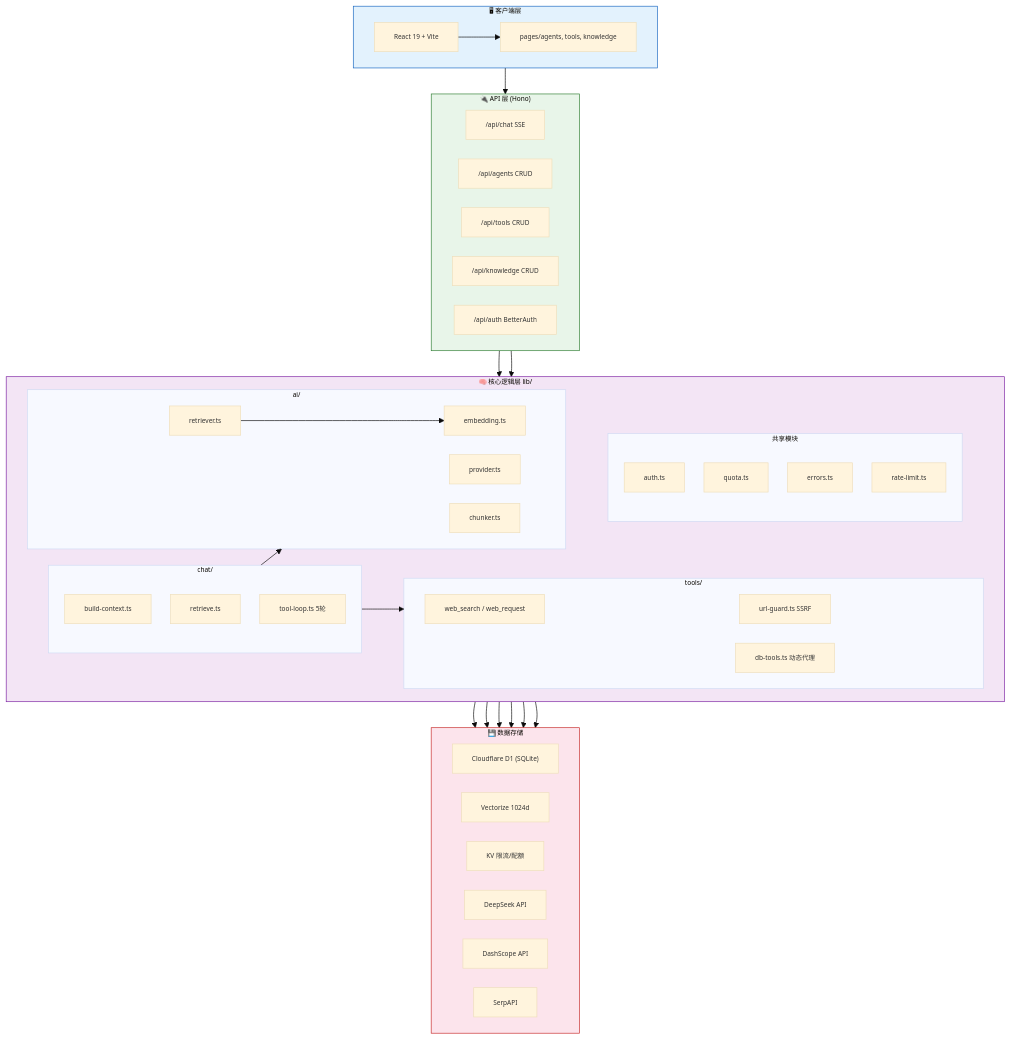
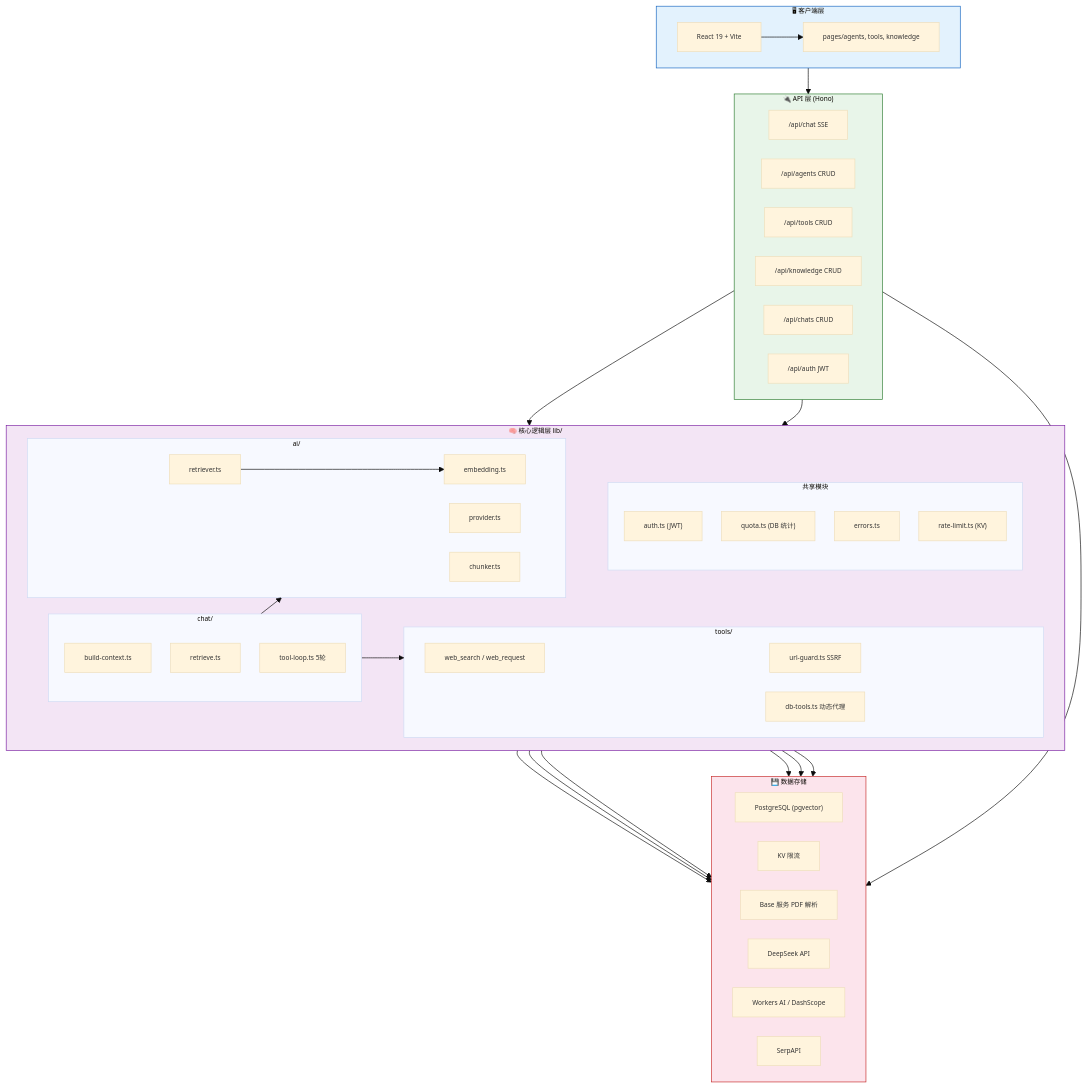
The first of 7 diagrams in docs/architecture.md (xCreat0r/simple-ai-agent-plateform), drawn with Mermaid before and after one commit. The commit also changed other lines of this file and 1 other file, not shown here.

````diff
--- a/docs/architecture.md
+++ b/docs/architecture.md
@@ -31,75 +35,77 @@
 ```mermaid
 %%{init: {'theme': 'base', 'themeVariables': {'fontSize': '10px'}, 'flowchart': {'useMaxWidth': true, 'nodeSpacing': 30, 'rankSpacing': 40}}}%%
 graph TB
     subgraph Client["🖥 客户端层"]
         direction LR
         Browser["React 19 + Vite"]
         Pages["pages/agents, tools, knowledge"]
     end
 
     subgraph API["🔌 API 层 (Hono)"]
         direction LR
         ChatAPI["/api/chat SSE"]
         AgentsAPI["/api/agents CRUD"]
         ToolsAPI["/api/tools CRUD"]
         KbAPI["/api/knowledge CRUD"]
-        AuthAPI["/api/auth BetterAuth"]
+        ChatsAPI["/api/chats CRUD"]
+        AuthAPI["/api/auth JWT"]
     end
 
     subgraph Core["🧠 核心逻辑层 lib/"]
         direction LR
         subgraph AI_Lib["ai/"]
             Provider["provider.ts"]
             Embedding["embedding.ts"]
             Chunker["chunker.ts"]
             Retriever["retriever.ts"]
         end
         subgraph Chat_Lib["chat/"]
             Context["build-context.ts"]
             Retrieve["retrieve.ts"]
             ToolLoop["tool-loop.ts 5轮"]
         end
         subgraph Tools_Lib["tools/"]
             Builtin["web_search / web_request"]
             DBTools["db-tools.ts 动态代理"]
             Guard["url-guard.ts SSRF"]
         end
         subgraph Shared["共享模块"]
-            Auth["auth.ts"]
-            Quota["quota.ts"]
+            Auth["auth.ts (JWT)"]
+            Quota["quota.ts (DB 统计)"]
             Errors["errors.ts"]
-            RateLimit["rate-limit.ts"]
+            RateLimit["rate-limit.ts (KV)"]
         end
     end
 
     subgraph Data["💾 数据存储"]
         direction LR
-        D1["Cloudflare D1 (SQLite)"]
-        VEC["Vectorize 1024d"]
-        KV["KV 限流/配额"]
+        PG["PostgreSQL (pgvector)"]
+        KV["KV 限流"]
+        Base["Base 服务 PDF 解析"]
         DeepSeek["DeepSeek API"]
-        DashScope["DashScope API"]
+        EmbedAPI["Workers AI / DashScope"]
         SerpAPI["SerpAPI"]
     end
 
     Browser --> Pages
     Pages --> API
     API --> Core
     ChatAPI --> Chat_Lib
     Chat_Lib --> AI_Lib
     Chat_Lib --> Tools_Lib
     Tools_Lib --> Guard
     Retriever --> Embedding
-    Retriever --> VEC
-    Embedding --> DashScope
+    Retriever --> PG
+    Embedding --> EmbedAPI
     Provider --> DeepSeek
     Builtin --> SerpAPI
+    KbAPI --> Base
 
-    Core --> D1
+    Core --> PG
     Core --> KV
 
     style Client fill:#e3f2fd,stroke:#1565c0
     style API fill:#e8f5e9,stroke:#2e7d32
     style Core fill:#f3e5f5,stroke:#7b1fa2
     style Data fill:#fce4ec,stroke:#c62828
 ```
````
